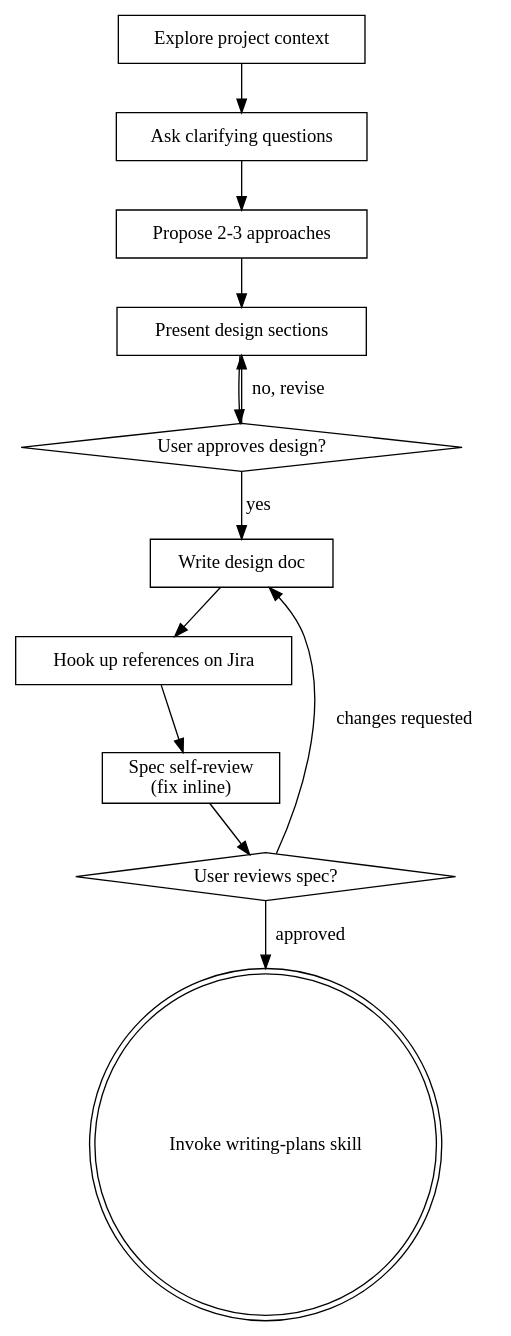
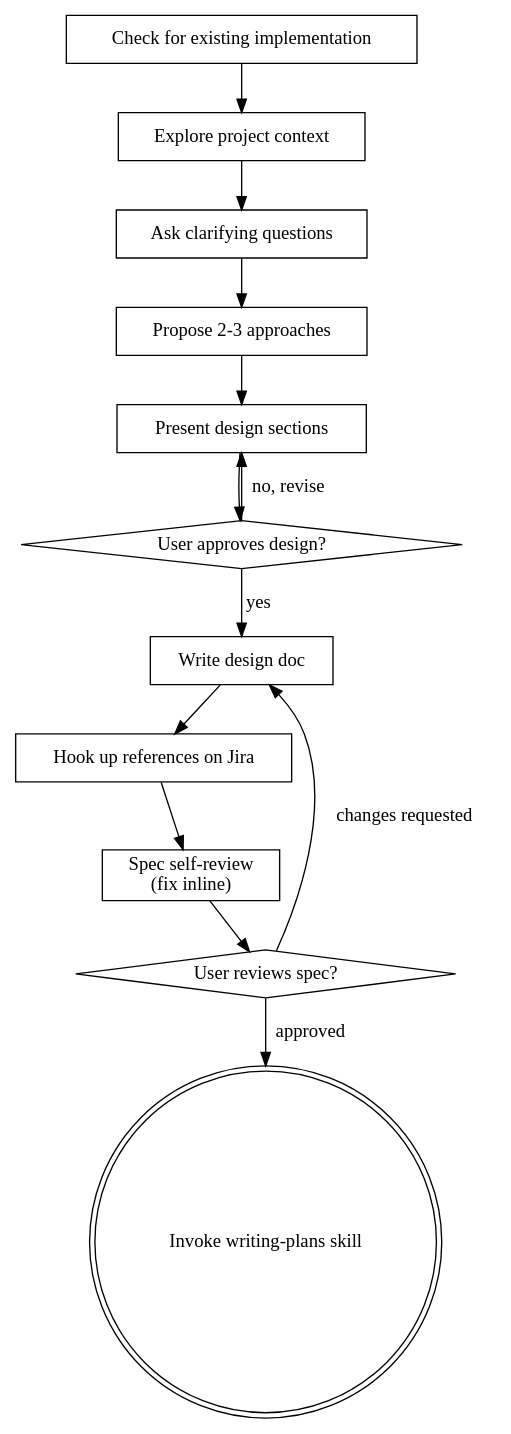
Before and after one commit to Link-My-Gear/superpowers: the diagram in skills/brainstorming/SKILL.md, drawn with Graphviz. The commit also changed other lines of this file, not shown here.

Commit message:
ARG-1526: Require checking for existing branch/commit implementation before brainstorming (#8)

````diff
--- a/skills/brainstorming/SKILL.md
+++ b/skills/brainstorming/SKILL.md
@@ -43,26 +44,28 @@
 ```dot
 digraph brainstorming {
+    "Check for existing implementation" [shape=box];
     "Explore project context" [shape=box];
     "Ask clarifying questions" [shape=box];
     "Propose 2-3 approaches" [shape=box];
     "Present design sections" [shape=box];
     "User approves design?" [shape=diamond];
     "Write design doc" [shape=box];
     "Hook up references on Jira" [shape=box];
     "Spec self-review\n(fix inline)" [shape=box];
     "User reviews spec?" [shape=diamond];
     "Invoke writing-plans skill" [shape=doublecircle];
 
+    "Check for existing implementation" -> "Explore project context";
     "Explore project context" -> "Ask clarifying questions";
     "Ask clarifying questions" -> "Propose 2-3 approaches";
     "Propose 2-3 approaches" -> "Present design sections";
     "Present design sections" -> "User approves design?";
     "User approves design?" -> "Present design sections" [label="no, revise"];
     "User approves design?" -> "Write design doc" [label="yes"];
     "Write design doc" -> "Hook up references on Jira";
     "Hook up references on Jira" -> "Spec self-review\n(fix inline)";
     "Spec self-review\n(fix inline)" -> "User reviews spec?";
     "User reviews spec?" -> "Write design doc" [label="changes requested"];
     "User reviews spec?" -> "Invoke writing-plans skill" [label="approved"];
 }
 ```
````
